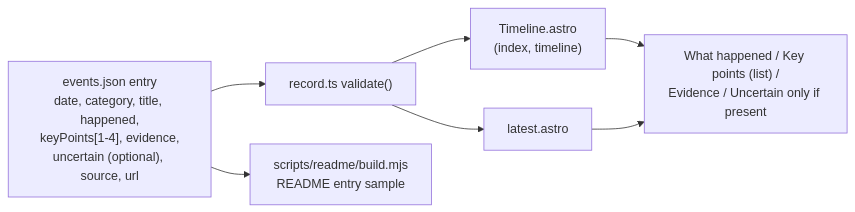
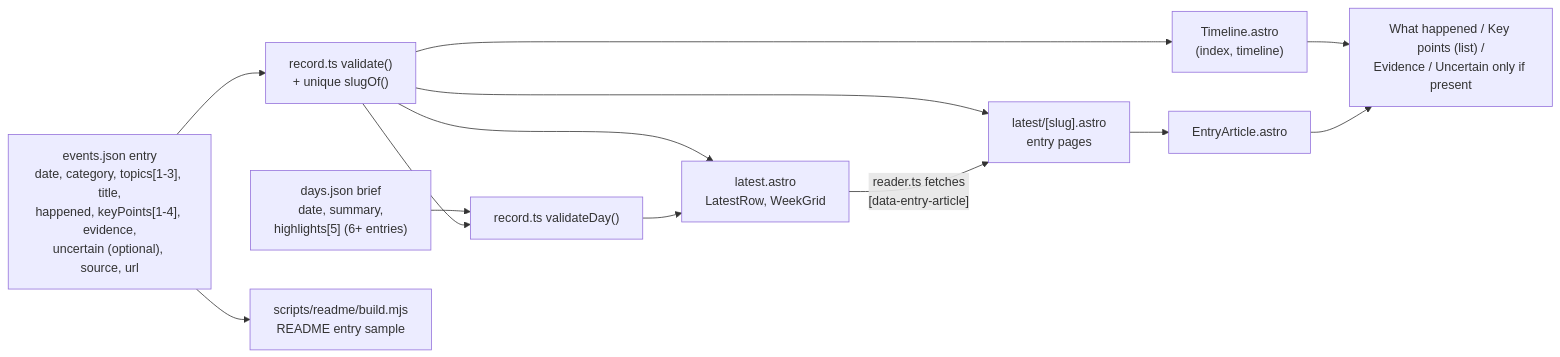
The diagram in .claude/reference/architecture.md (ryanportfolio/SafeAI.Watch), drawn with Mermaid before and after one commit. The commit also changed other lines of this file and 22 other files, not shown here.

First line of the commit message:
Add topics, day briefs and a two-pane reader with week grid to Latest (#28)

````diff
--- a/.claude/reference/architecture.md
+++ b/.claude/reference/architecture.md
@@ -18,8 +22,13 @@
 ```mermaid
 flowchart LR
-  J["events.json entry<br/>date, category, title, happened,<br/>keyPoints[1-4], evidence,<br/>uncertain (optional), source, url"] --> V["record.ts validate()"]
+  J["events.json entry<br/>date, category, topics[1-3], title,<br/>happened, keyPoints[1-4], evidence,<br/>uncertain (optional), source, url"] --> V["record.ts validate()<br/>+ unique slugOf()"]
+  D["days.json brief<br/>date, summary,<br/>highlights[5] (6+ entries)"] --> B["record.ts validateDay()"]
+  V --> B
   V --> T["Timeline.astro<br/>(index, timeline)"]
-  V --> L["latest.astro"]
+  V --> E["latest/[slug].astro<br/>entry pages"]
+  V & B --> L["latest.astro<br/>LatestRow, WeekGrid"]
+  L -->|"reader.ts fetches<br/>[data-entry-article]"| E
+  E --> A["EntryArticle.astro"]
   J --> R["scripts/readme/build.mjs<br/>README entry sample"]
-  T & L --> P["What happened / Key points (list) /<br/>Evidence / Uncertain only if present"]
+  T & A --> P["What happened / Key points (list) /<br/>Evidence / Uncertain only if present"]
 ```
````
